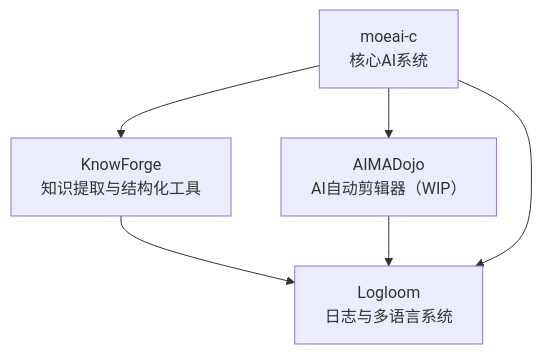
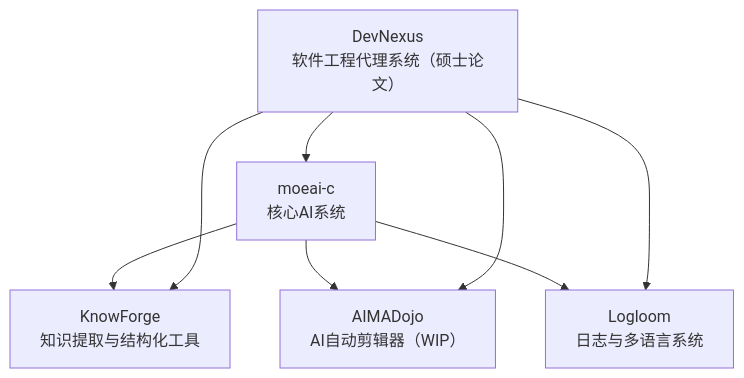
One commit to ydzat/ydzat changed the diagram in README.md. Above: the diagram before and after it, drawn with Mermaid. The commit also changed other lines of this file, not shown here.

````diff
--- a/README.md
+++ b/README.md
@@ -23,9 +30,11 @@
 ```mermaid
 graph TD
   A[moeai-c<br>核心AI系统] --> B[KnowForge<br>知识提取与结构化工具]
   A --> C[AIMADojo<br>AI自动剪辑器（WIP）]
+  A --> E[Logloom<br>日志与多语言系统]
 
-  B --> E[Logloom<br>日志与多语言系统]
-  C --> E
-  A --> E
+  D[DevNexus<br>软件工程代理系统（硕士论文）] --> A
+  D --> B
+  D --> C
+  D --> E
 ```
````
